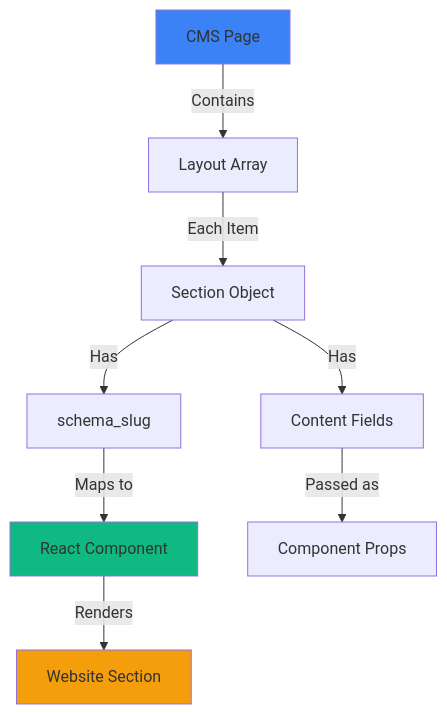
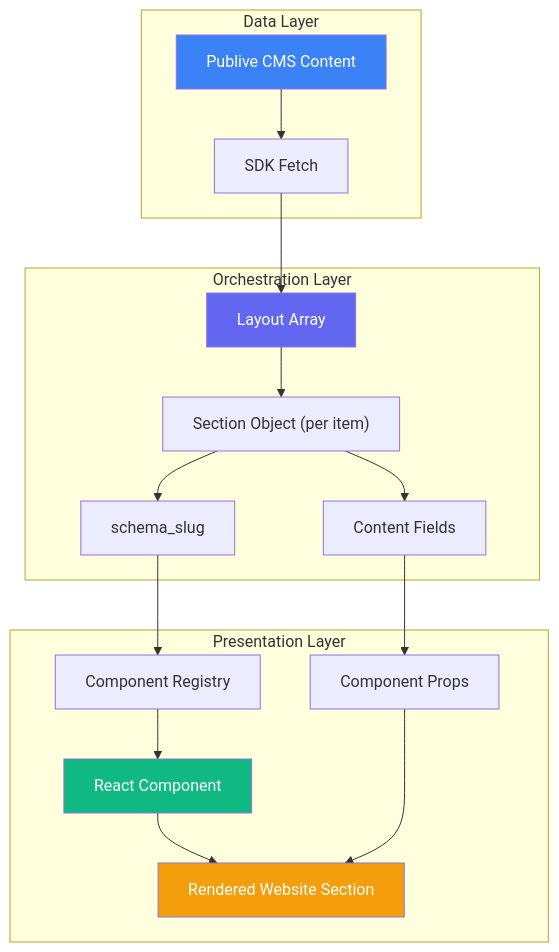
One commit to ThePublive/docs changed the diagram in documentation/guides/decoupled-frontend/build-brand-website.mdx. Above: the diagram before and after it, drawn with Mermaid. The commit also changed other lines of this file and 32 other files, not shown here.

Commit message:
fixed all diagrams, improved content consistency, set terimnology rules in AGENTS.md

````diff
--- a/documentation/guides/decoupled-frontend/build-brand-website.mdx
+++ b/documentation/guides/decoupled-frontend/build-brand-website.mdx
@@ -125,14 +121,25 @@
 ```mermaid
 graph TD
-    A[CMS Page] -->|Contains| B[Layout Array]
-    B -->|Each Item| C[Section Object]
-    C -->|Has| D[schema_slug]
-    C -->|Has| E[Content Fields]
-    D -->|Maps to| F[React Component]
-    E -->|Passed as| G[Component Props]
-    F -->|Renders| H[Website Section]
-    
-    style A fill:#3B82F6
-    style F fill:#10B981
-    style H fill:#F59E0B
+    subgraph CMS ["Data Layer"]
+        A["Publive CMS Content"] --> B["SDK Fetch"]
+    end
+
+    subgraph Logic ["Orchestration Layer"]
+        B --> C["Layout Array"]
+        C --> D["Section Object (per item)"]
+        D --> E["schema_slug"]
+        D --> F["Content Fields"]
+    end
+
+    subgraph Frontend ["Presentation Layer"]
+        E --> G["Component Registry"]
+        G --> H["React Component"]
+        F --> I["Component Props"]
+        H & I --> J["Rendered Website Section"]
+    end
+
+    style A fill:#3B82F6,color:#fff
+    style C fill:#6366F1,color:#fff
+    style H fill:#10B981,color:#fff
+    style J fill:#F59E0B,color:#fff
 ```
````
